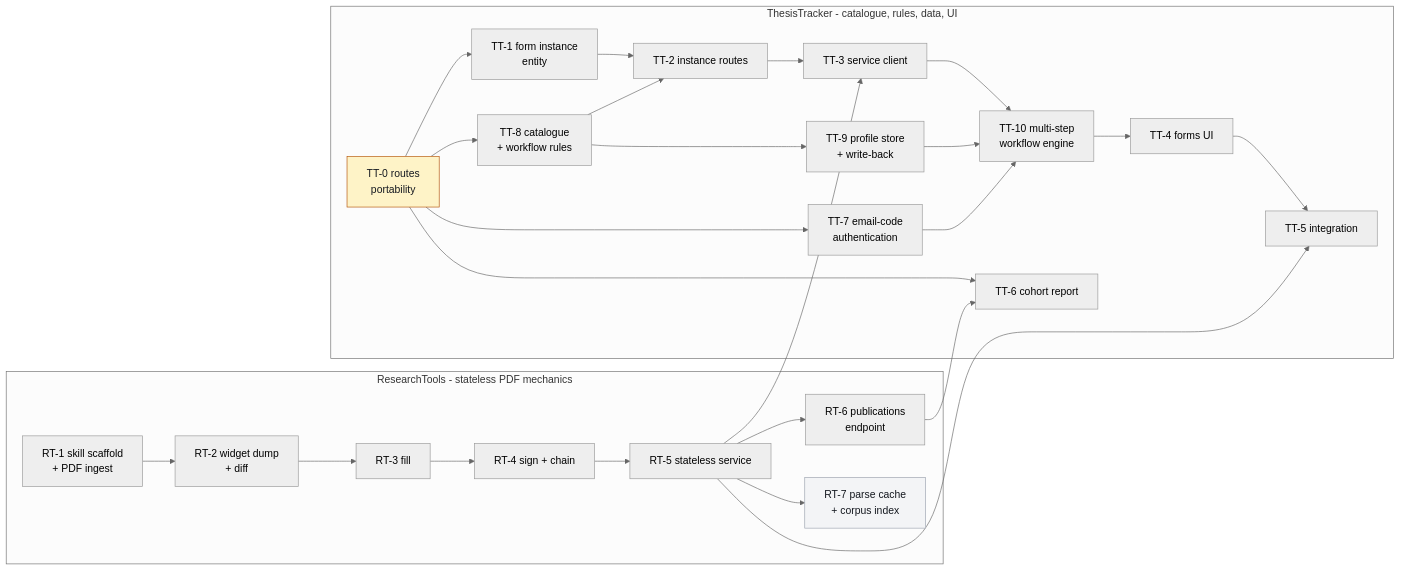
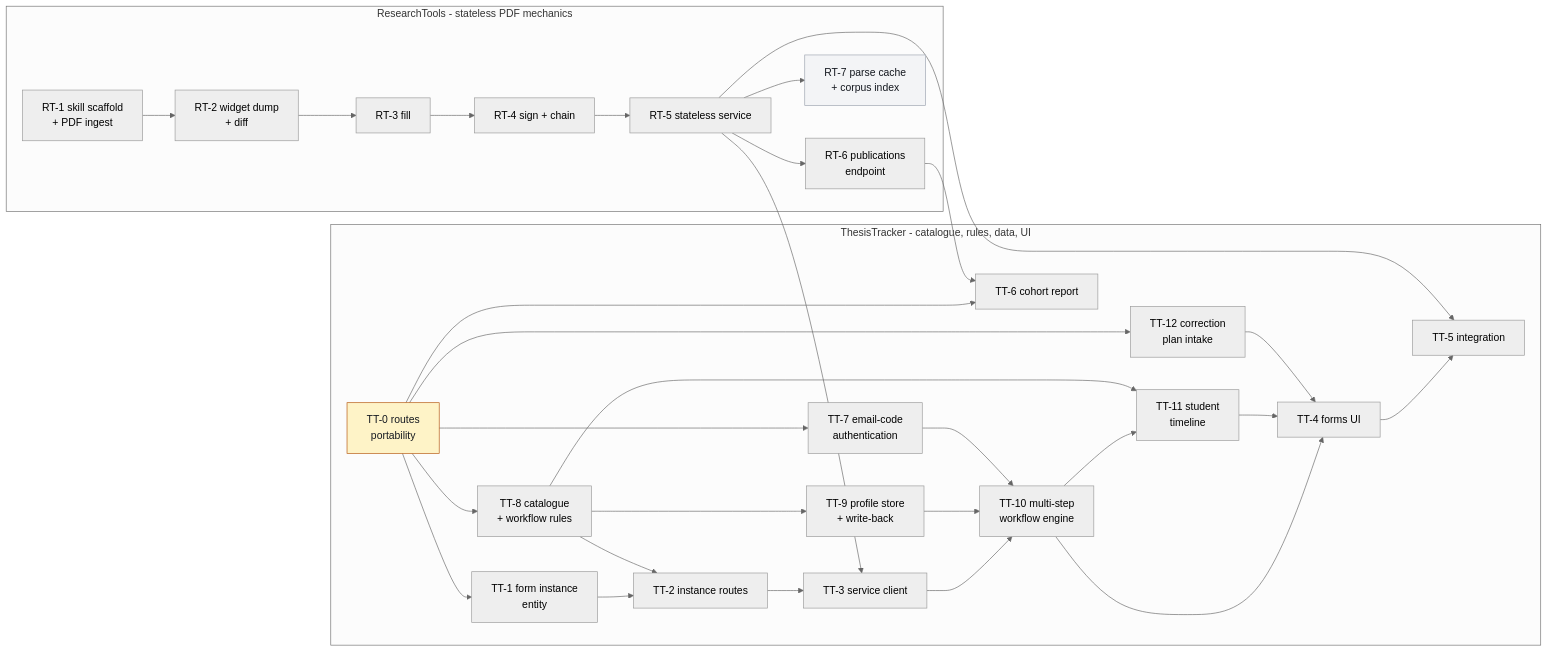
Before and after one commit to LARi-UQAC/ResearchTools: diagram 12 of 13 in NEW_ARCHITECTURE.md, drawn with Mermaid (neutral theme). The commit also changed other lines of this file, not shown here.

First line of the commit message:
docs: returns, email submission, the student timeline, and correction plans

````diff
--- a/NEW_ARCHITECTURE.md
+++ b/NEW_ARCHITECTURE.md
@@ -483,45 +781,52 @@
 ```mermaid
 flowchart LR
   subgraph RTU["ResearchTools - stateless PDF mechanics"]
     RT1["RT-1 skill scaffold<br/>+ PDF ingest"]
     RT2["RT-2 widget dump<br/>+ diff"]
     RT3["RT-3 fill"]
     RT4["RT-4 sign + chain"]
     RT5["RT-5 stateless service"]
     RT6["RT-6 publications<br/>endpoint"]
     RT7["RT-7 parse cache<br/>+ corpus index"]
   end
 
   subgraph TTU["ThesisTracker - catalogue, rules, data, UI"]
     TT0["TT-0 routes<br/>portability"]
     TT7["TT-7 email-code<br/>authentication"]
     TT8["TT-8 catalogue<br/>+ workflow rules"]
     TT9["TT-9 profile store<br/>+ write-back"]
     TT1["TT-1 form instance<br/>entity"]
     TT2["TT-2 instance routes"]
     TT3["TT-3 service client"]
     TT10["TT-10 multi-step<br/>workflow engine"]
+    TT11["TT-11 student<br/>timeline"]
+    TT12["TT-12 correction<br/>plan intake"]
     TT4["TT-4 forms UI"]
     TT5["TT-5 integration"]
     TT6["TT-6 cohort report"]
   end
 
   RT1 --> RT2 --> RT3 --> RT4 --> RT5
   RT5 --> RT6
   RT5 --> RT7
   TT0 --> TT7
   TT0 --> TT8 --> TT9
   TT0 --> TT1 --> TT2 --> TT3 --> TT10 --> TT4 --> TT5
   TT8 --> TT2
   TT9 --> TT10
   TT7 --> TT10
+  TT10 --> TT11
+  TT8 --> TT11
+  TT0 --> TT12
+  TT11 --> TT4
+  TT12 --> TT4
   TT0 --> TT6
   RT5 --> TT3
   RT5 --> TT5
   RT6 --> TT6
 
   classDef first fill:#FEF3C7,stroke:#B45309,color:#14181F
   classDef last fill:#F3F4F6,stroke:#9CA3AF,color:#14181F
   class TT0 first
   class RT7 last
 ```
````
